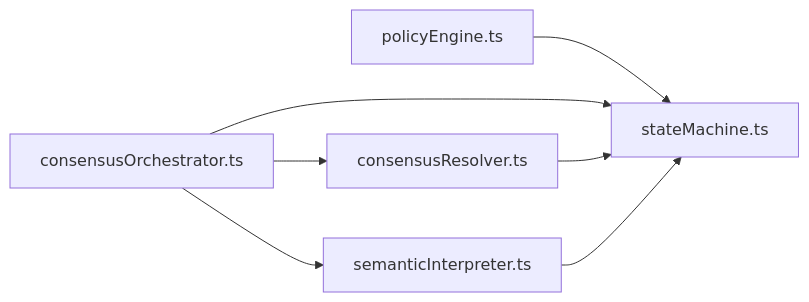
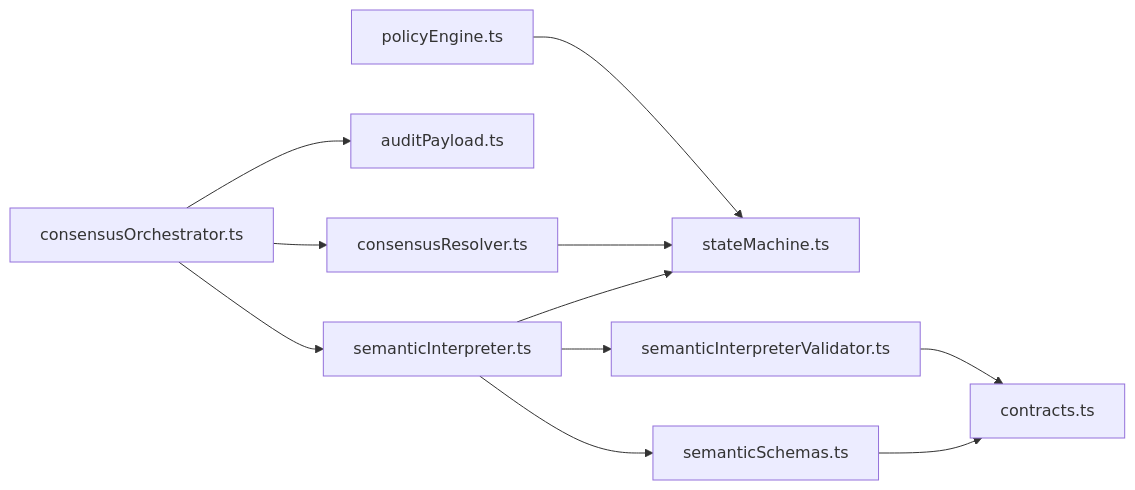
One commit to ongchonghian/gatiod-chat-assistant changed the eighth of 8 diagrams in .qoder/repowiki/en/content/Testing Strategy/V2 Pipeline Testing.md. Above: the diagram before and after it, drawn with Mermaid. The commit also changed other lines of this file and 32 other files, not shown here.

````diff
--- a/.qoder/repowiki/en/content/Testing Strategy/V2 Pipeline Testing.md
+++ b/.qoder/repowiki/en/content/Testing Strategy/V2 Pipeline Testing.md
@@ -304,9 +398,13 @@
 ```mermaid
 graph LR
 POL["policyEngine.ts"] --> STM["stateMachine.ts"]
 ORC["consensusOrchestrator.ts"] --> INT["semanticInterpreter.ts"]
 ORC --> RES["consensusResolver.ts"]
-ORC --> STM
+ORC --> AUD["auditPayload.ts"]
+INT --> SCH["semanticSchemas.ts"]
+INT --> VAL["semanticInterpreterValidator.ts"]
+INT --> STM
 RES --> STM
-INT --> STM
+VAL --> CON["contracts.ts"]
+SCH --> CON
 ```
````
